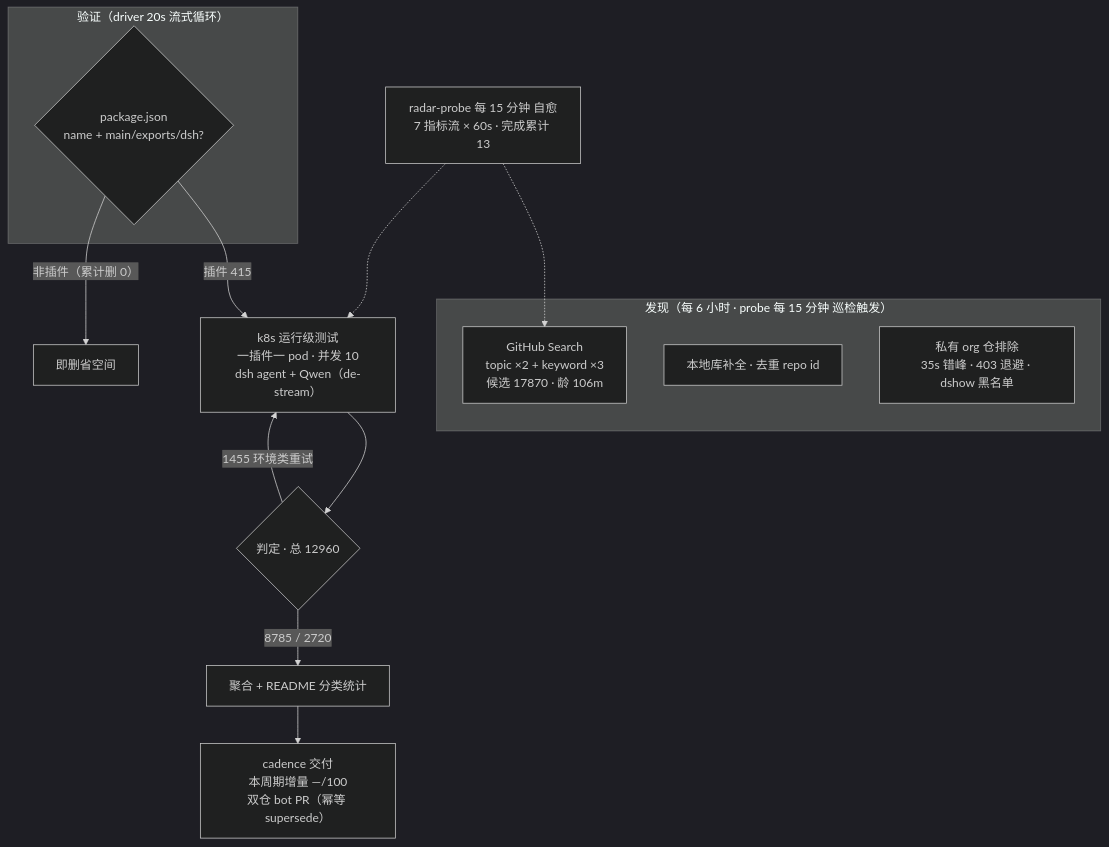
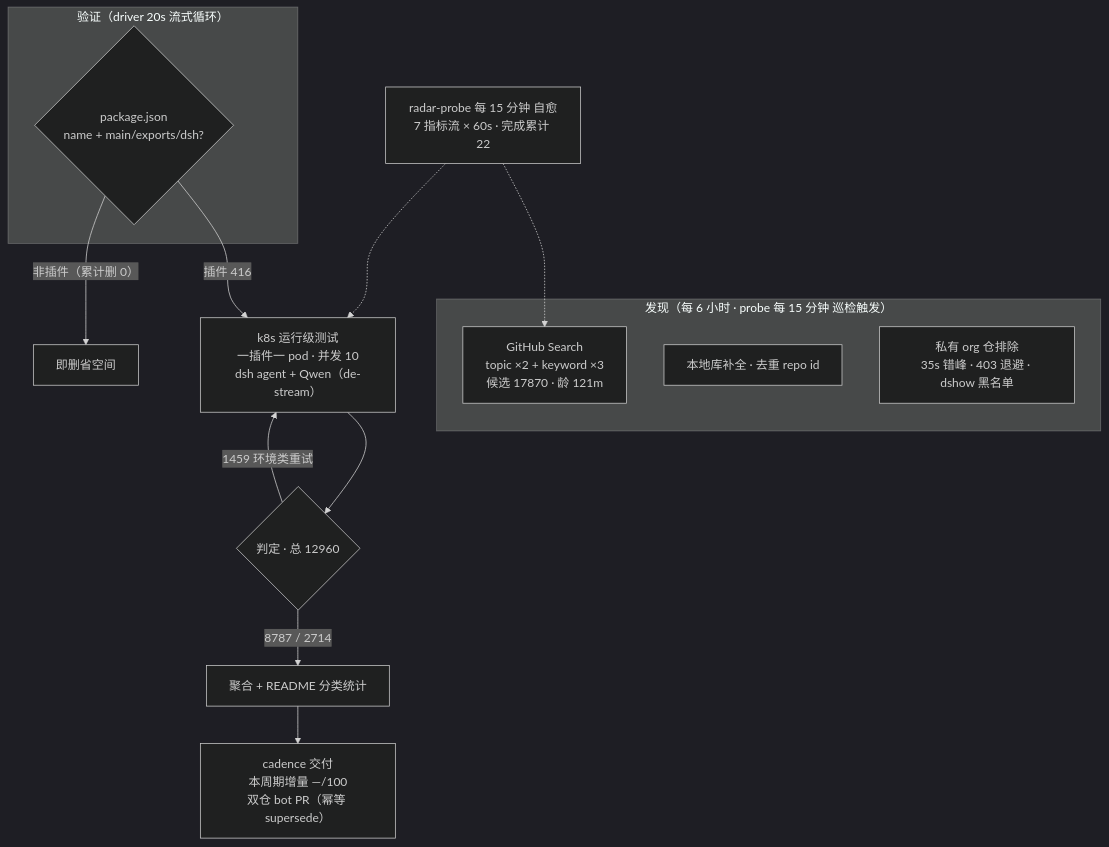
The diagram in README.md (AdamPlatin123/awesome-dsh-plugins), drawn with Mermaid (dark theme) before and after one commit. The commit also changed other lines of this file and 5 other files, not shown here.

````diff
--- a/README.md
+++ b/README.md
@@ -52,20 +52,20 @@
 ```mermaid
 flowchart TB
     subgraph Discovery["发现（每 6 小时 · probe 每 15 分钟 巡检触发）"]
-        A1["GitHub Search<br/>topic ×2 + keyword ×3<br/>候选 17870 · 龄 106m"]
+        A1["GitHub Search<br/>topic ×2 + keyword ×3<br/>候选 17870 · 龄 121m"]
         A2["本地库补全 · 去重 repo id"]
         A3["私有 org 仓排除<br/>35s 错峰 · 403 退避 · dshow 黑名单"]
     end
     subgraph Validation["验证（driver 20s 流式循环）"]
         B1{"package.json<br/>name + main/exports/dsh?"}
     end
-    B1 -->|"插件 415"| C1["k8s 运行级测试<br/>一插件一 pod · 并发 10<br/>dsh agent + Qwen（de-stream）"]
+    B1 -->|"插件 416"| C1["k8s 运行级测试<br/>一插件一 pod · 并发 10<br/>dsh agent + Qwen（de-stream）"]
     B1 -->|"非插件（累计删 0）"| B3["即删省空间"]
     C1 --> D1{"判定 · 总 12960"}
-    D1 -->|"8785 / 2720"| E1["聚合 + README 分类统计"]
-    D1 -->|"1455 环境类重试"| C1
+    D1 -->|"8787 / 2714"| E1["聚合 + README 分类统计"]
+    D1 -->|"1459 环境类重试"| C1
     E1 --> E2["cadence 交付<br/>本周期增量 —/100<br/>双仓 bot PR（幂等 supersede）"]
-    M["radar-probe 每 15 分钟 自愈<br/>7 指标流 × 60s · 完成累计 13"]
+    M["radar-probe 每 15 分钟 自愈<br/>7 指标流 × 60s · 完成累计 22"]
     M -.-> A1
     M -.-> C1
 ```
````
